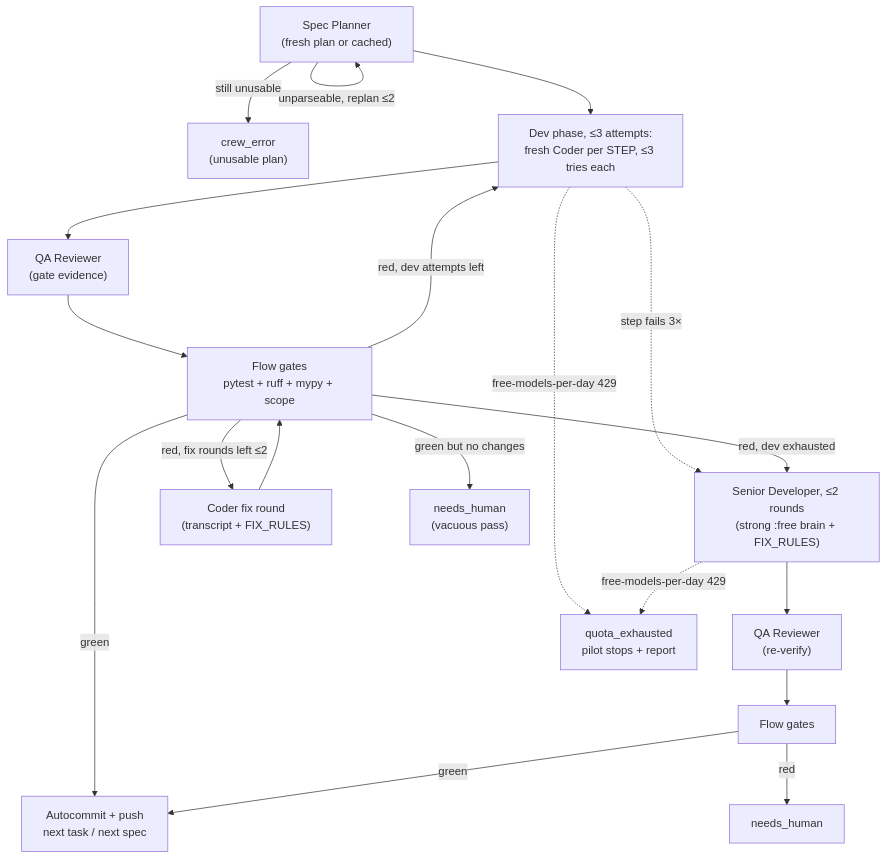
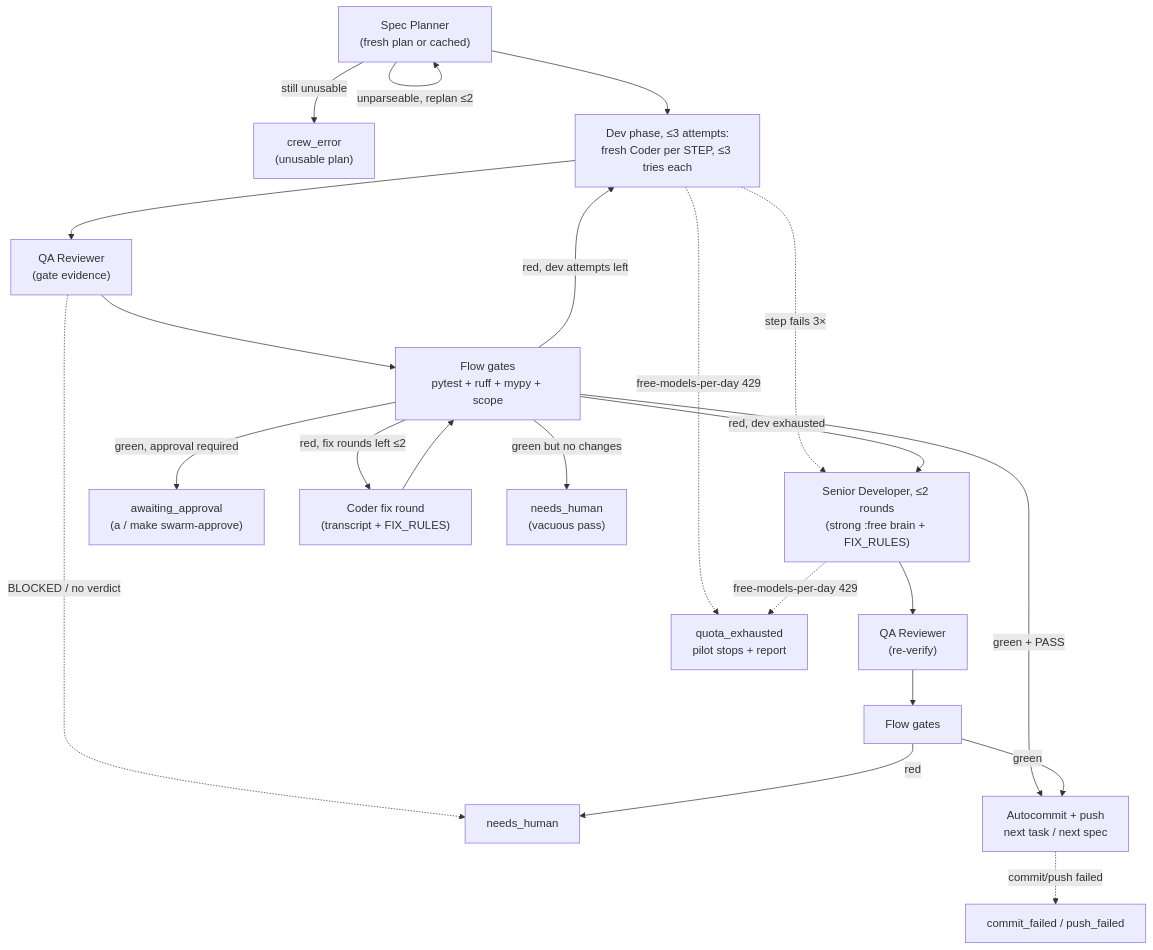
Before and after one commit to handleman/comfort-walking-router: the diagram in swarm/README.md, drawn with Mermaid. The commit also changed other lines of this file and 20 other files, not shown here.

First line of the commit message:
swarm: 012 dark-factory phase 0 — truthful green and safety guards

````diff
--- a/swarm/README.md
+++ b/swarm/README.md
@@ -190,21 +223,24 @@
 ```mermaid
 flowchart TB
     P["Spec Planner<br/>(fresh plan or cached)"] --> STEPS["Dev phase, ≤3 attempts:<br/>fresh Coder per STEP, ≤3 tries each"]
     STEPS -.->|step fails 3×| SENIOR
     STEPS --> REV["QA Reviewer<br/>(gate evidence)"]
     REV --> GATES["Flow gates<br/>pytest + ruff + mypy + scope"]
-    GATES -->|green| COMMIT["Autocommit + push<br/>next task / next spec"]
+    REV -.->|BLOCKED / no verdict| HUMAN
+    GATES -->|green + PASS| COMMIT["Autocommit + push<br/>next task / next spec"]
+    COMMIT -.->|commit/push failed| CF["commit_failed / push_failed"]
+    GATES -->|green, approval required| APPROVE["awaiting_approval<br/>(a / make swarm-approve)"]
     GATES -->|red, fix rounds left ≤2| FIX["Coder fix round<br/>(transcript + FIX_RULES)"]
     FIX --> GATES
     GATES -->|red, dev attempts left| STEPS
     GATES -->|red, dev exhausted| SENIOR["Senior Developer, ≤2 rounds<br/>(strong :free brain + FIX_RULES)"]
     SENIOR --> REV2["QA Reviewer<br/>(re-verify)"]
     REV2 --> GATES2["Flow gates"]
     GATES2 -->|green| COMMIT
     GATES2 -->|red| HUMAN["needs_human"]
     GATES -->|green but no changes| VACANT["needs_human<br/>(vacuous pass)"]
     P -->|unparseable, replan ≤2| P
     P -->|still unusable| PLANFAIL["crew_error<br/>(unusable plan)"]
     STEPS -.->|free-models-per-day 429| Q["quota_exhausted<br/>pilot stops + report"]
     SENIOR -.->|free-models-per-day 429| Q
 ```
````
